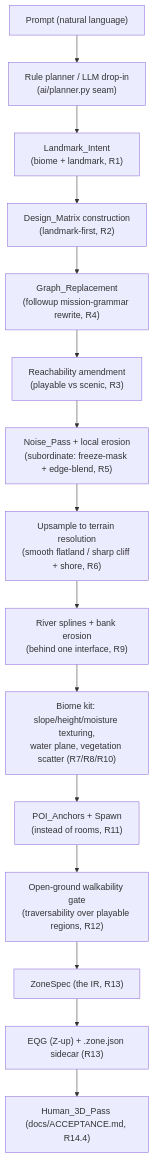
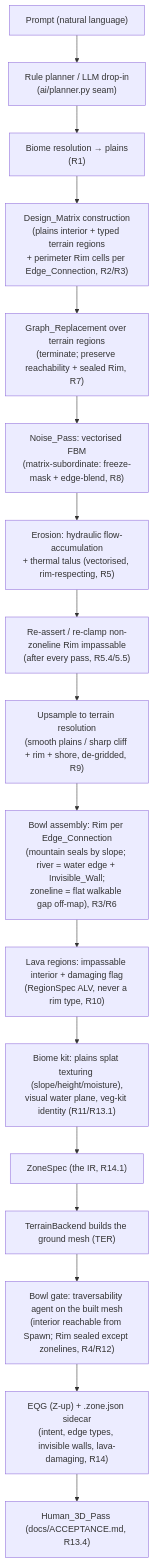
Before and after one commit to findar/eq_s3d: the diagram in .kiro/specs/zone-generator-wilderness/design.md, drawn with Mermaid. The commit also changed other lines of this file, not shown here.

First line of the commit message:
docs(spec): revise wilderness design to step-1 Karanas (terrain-first, bowl, erosion)

````diff
--- a/.kiro/specs/zone-generator-wilderness/design.md
+++ b/.kiro/specs/zone-generator-wilderness/design.md
@@ -125,17 +142,19 @@
 ```mermaid
 flowchart TD
     P["Prompt (natural language)"] --> RP["Rule planner / LLM drop-in<br/>(ai/planner.py seam)"]
-    RP --> LI["Landmark_Intent<br/>(biome + landmark, R1)"]
-    LI --> DM["Design_Matrix construction<br/>(landmark-first, R2)"]
-    DM --> GR["Graph_Replacement<br/>(followup mission-grammar rewrite, R4)"]
-    GR --> RA["Reachability amendment<br/>(playable vs scenic, R3)"]
-    RA --> NP["Noise_Pass + local erosion<br/>(subordinate: freeze-mask + edge-blend, R5)"]
-    NP --> US["Upsample to terrain resolution<br/>(smooth flatland / sharp cliff + shore, R6)"]
-    US --> RIV["River splines + bank erosion<br/>(behind one interface, R9)"]
-    RIV --> BK["Biome kit: slope/height/moisture texturing,<br/>water plane, vegetation scatter (R7/R8/R10)"]
-    BK --> POI["POI_Anchors + Spawn<br/>(instead of rooms, R11)"]
-    POI --> WG["Open-ground walkability gate<br/>(traversability over playable regions, R12)"]
-    WG --> ZS["ZoneSpec (the IR, R13)"]
-    ZS --> OUT["EQG (Z-up) + .zone.json sidecar (R13)"]
-    OUT --> H3D["Human_3D_Pass (docs/ACCEPTANCE.md, R14.4)"]
+    RP --> BI["Biome resolution → plains<br/>(R1)"]
+    BI --> DM["Design_Matrix construction<br/>(plains interior + typed terrain regions<br/>+ perimeter Rim cells per Edge_Connection, R2/R3)"]
+    DM --> GR["Graph_Replacement over terrain regions<br/>(terminate; preserve reachability + sealed Rim, R7)"]
+    GR --> NP["Noise_Pass: vectorised FBM<br/>(matrix-subordinate: freeze-mask + edge-blend, R8)"]
+    NP --> ER["Erosion: hydraulic flow-accumulation<br/>+ thermal talus (vectorised, rim-respecting, R5)"]
+    ER --> RC["Re-assert / re-clamp non-zoneline Rim impassable<br/>(after every pass, R5.4/5.5)"]
+    RC --> US["Upsample to terrain resolution<br/>(smooth plains / sharp cliff + rim + shore, de-gridded, R9)"]
+    US --> BA["Bowl assembly: Rim per Edge_Connection<br/>(mountain seals by slope; river = water edge + Invisible_Wall;<br/>zoneline = flat walkable gap off-map), R3/R6"]
+    BA --> LV["Lava regions: impassable interior + damaging flag<br/>(RegionSpec ALV, never a rim type, R10)"]
+    LV --> BK["Biome kit: plains splat texturing (slope/height/moisture),<br/>visual water plane, veg-kit identity (R11/R13.1)"]
+    BK --> ZS["ZoneSpec (the IR, R14.1)"]
+    ZS --> MESH["TerrainBackend builds the ground mesh (TER)"]
+    MESH --> WG["Bowl gate: traversability agent on the built mesh<br/>(interior reachable from Spawn; Rim sealed except zonelines, R4/R12)"]
+    WG --> OUT["EQG (Z-up) + .zone.json sidecar<br/>(intent, edge types, invisible walls, lava-damaging, R14)"]
+    OUT --> H3D["Human_3D_Pass (docs/ACCEPTANCE.md, R13.4)"]
 ```
````
